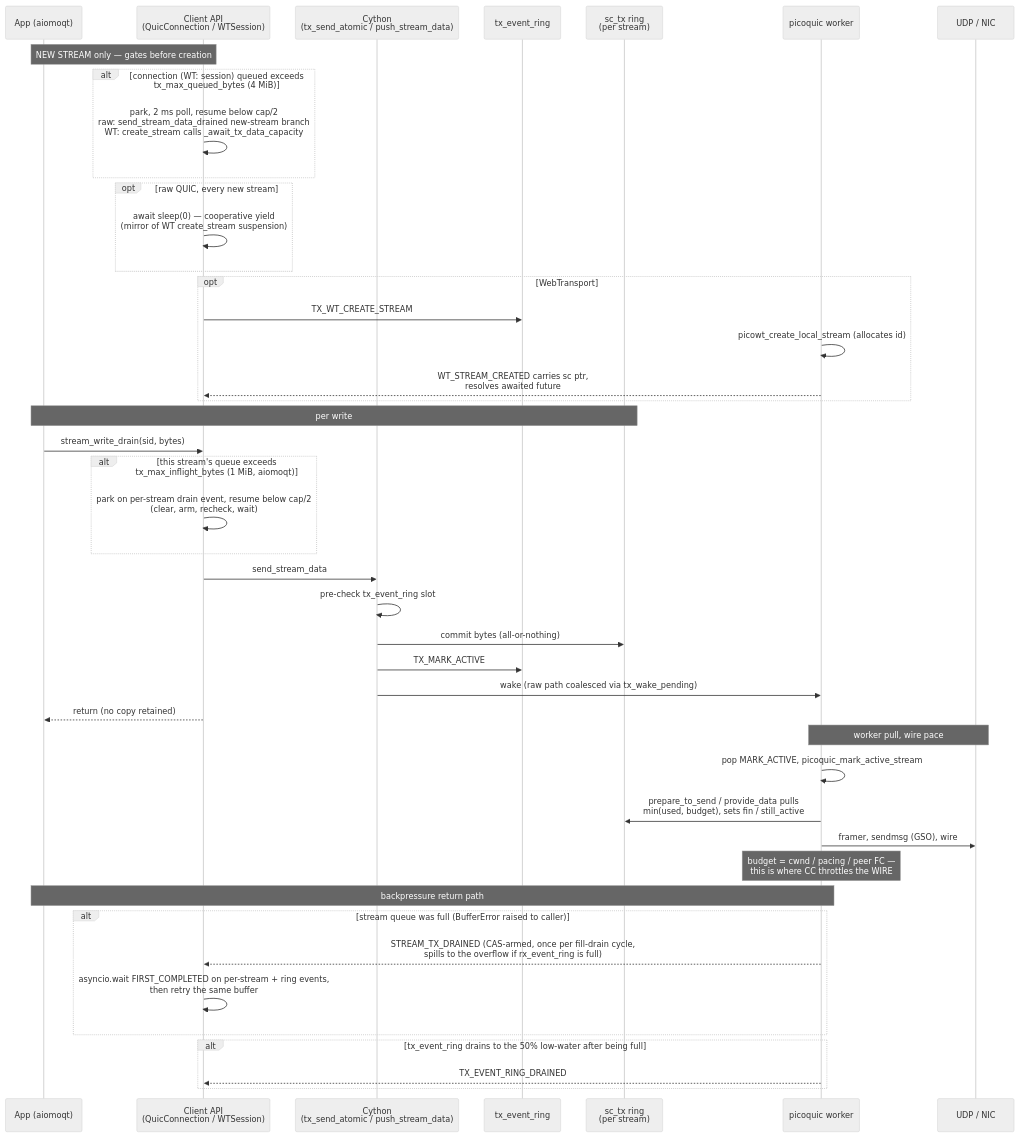
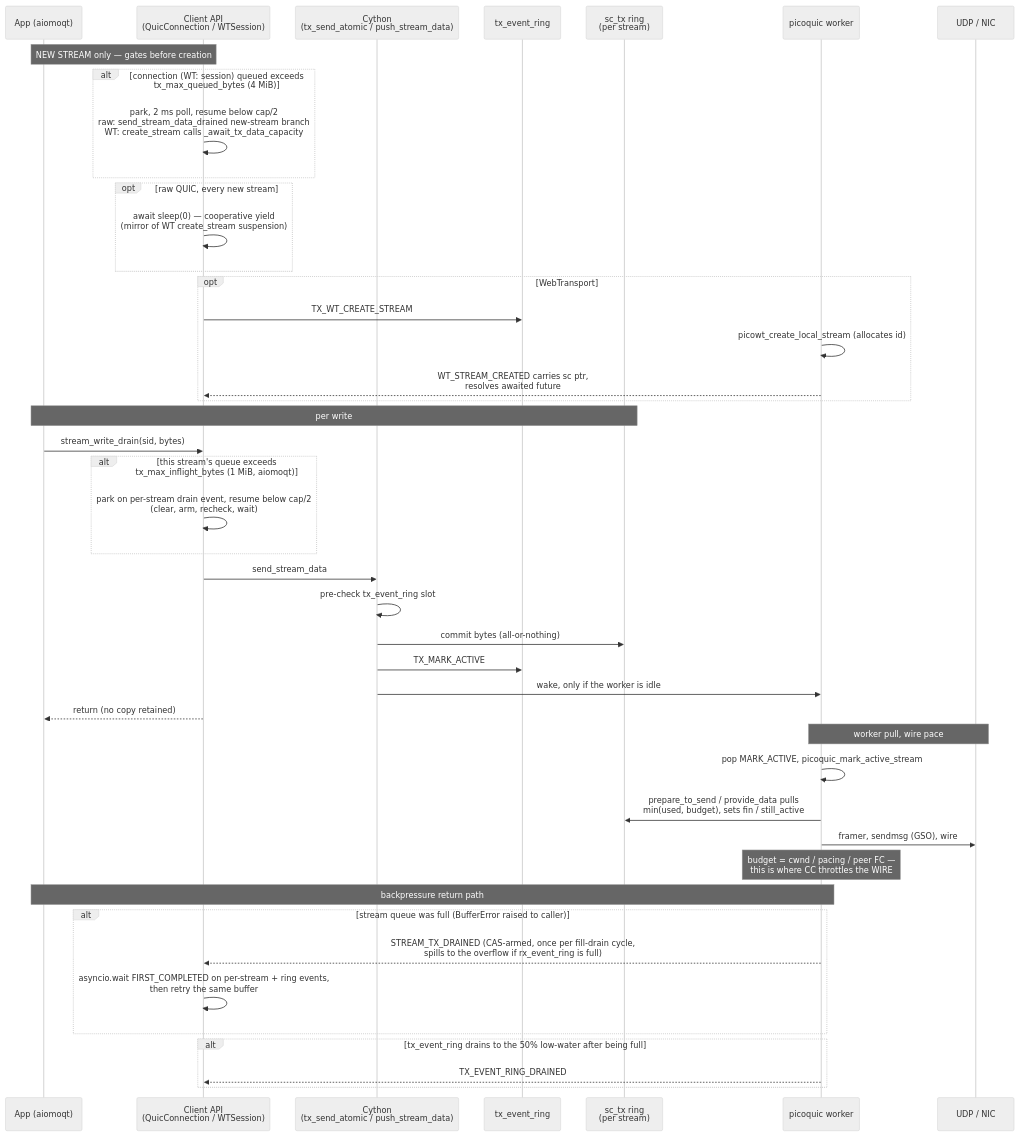
One commit to gmarzot/aiopquic changed the first of 2 diagrams in DATAFLOW.md. Above: the diagram before and after it, drawn with Mermaid (neutral theme). The commit also changed other lines of this file and 5 other files, not shown here.

First line of the commit message:
tx: wake the network thread only when it is idle

````diff
--- a/DATAFLOW.md
+++ b/DATAFLOW.md
@@ -43,50 +45,50 @@
 ```mermaid
 sequenceDiagram
     participant App as App (aiomoqt)
     participant API as Client API<br/>(QuicConnection / WTSession)
     participant CY as Cython<br/>(tx_send_atomic / push_stream_data)
     participant TXR as tx_event_ring
     participant SCTX as sc_tx ring<br/>(per stream)
     participant WK as picoquic worker
     participant NIC as UDP / NIC
 
     Note over App,API: NEW STREAM only — gates before creation
     alt connection (WT: session) queued exceeds tx_max_queued_bytes (4 MiB)
         API->>API: park, 2 ms poll, resume below cap/2<br/>raw: send_stream_data_drained new-stream branch<br/>WT: create_stream calls _await_tx_data_capacity
     end
     opt raw QUIC, every new stream
         API->>API: await sleep(0) — cooperative yield<br/>(mirror of WT create_stream suspension)
     end
     opt WebTransport
         API->>TXR: TX_WT_CREATE_STREAM
         WK->>WK: picowt_create_local_stream (allocates id)
         WK-->>API: WT_STREAM_CREATED carries sc ptr,<br/>resolves awaited future
     end
 
     Note over App,SCTX: per write
     App->>API: stream_write_drain(sid, bytes)
     alt this stream's queue exceeds tx_max_inflight_bytes (1 MiB, aiomoqt)
         API->>API: park on per-stream drain event, resume below cap/2<br/>(clear, arm, recheck, wait)
     end
     API->>CY: send_stream_data
     CY->>CY: pre-check tx_event_ring slot
     CY->>SCTX: commit bytes (all-or-nothing)
     CY->>TXR: TX_MARK_ACTIVE
-    CY->>WK: wake (raw path coalesced via tx_wake_pending)
+    CY->>WK: wake, only if the worker is idle
     API-->>App: return (no copy retained)
 
     Note over WK,NIC: worker pull, wire pace
     WK->>WK: pop MARK_ACTIVE, picoquic_mark_active_stream
     WK->>SCTX: prepare_to_send / provide_data pulls<br/>min(used, budget), sets fin / still_active
     WK->>NIC: framer, sendmsg (GSO), wire
     Note over WK: budget = cwnd / pacing / peer FC —<br/>this is where CC throttles the WIRE
 
     Note over WK,App: backpressure return path
     alt stream queue was full (BufferError raised to caller)
         WK-->>API: STREAM_TX_DRAINED (CAS-armed, once per fill-drain cycle,<br/>spills to the overflow if rx_event_ring is full)
         API->>API: asyncio.wait FIRST_COMPLETED on per-stream + ring events,<br/>then retry the same buffer
     end
     alt tx_event_ring drains to the 50% low-water after being full
         WK-->>API: TX_EVENT_RING_DRAINED
     end
 ```
````
